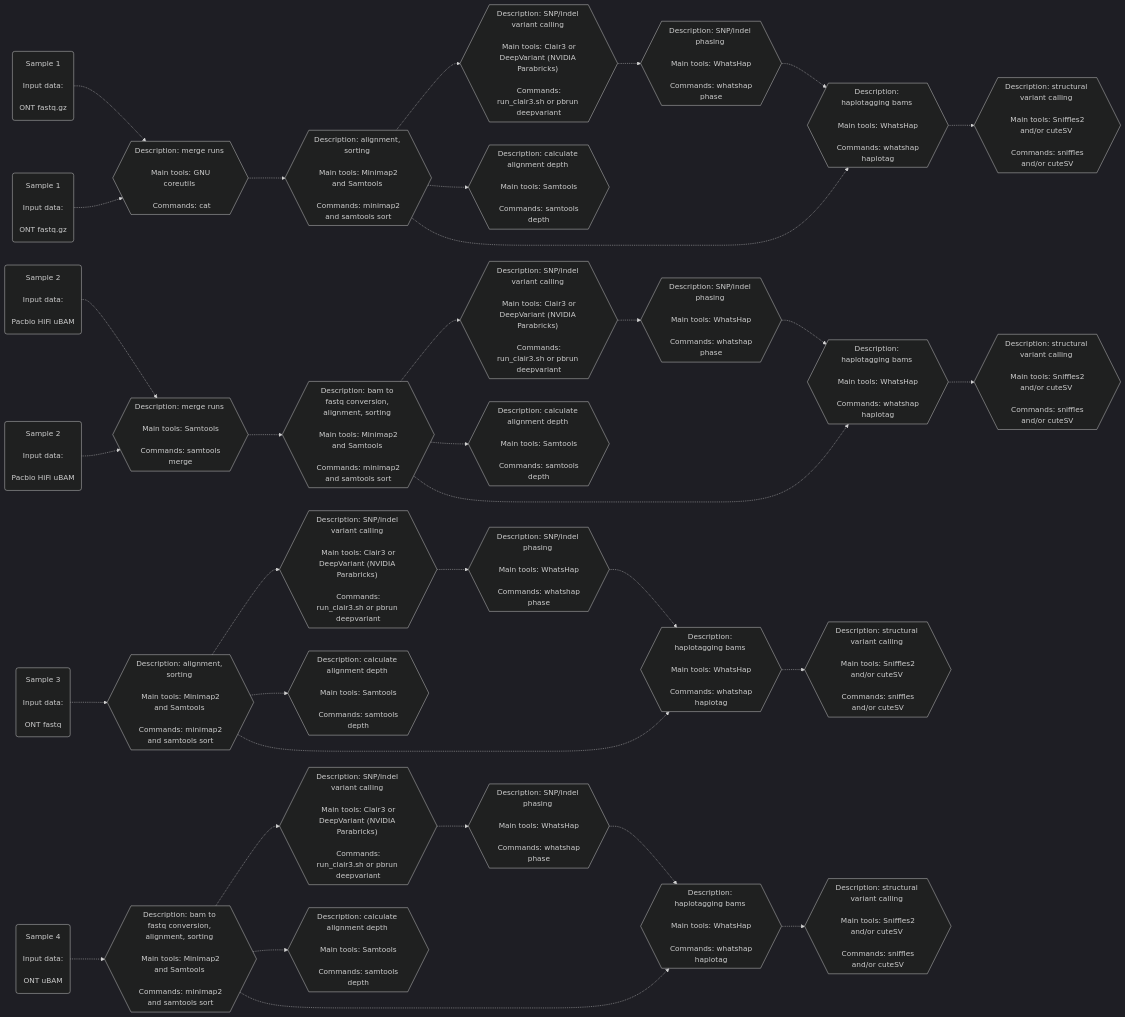
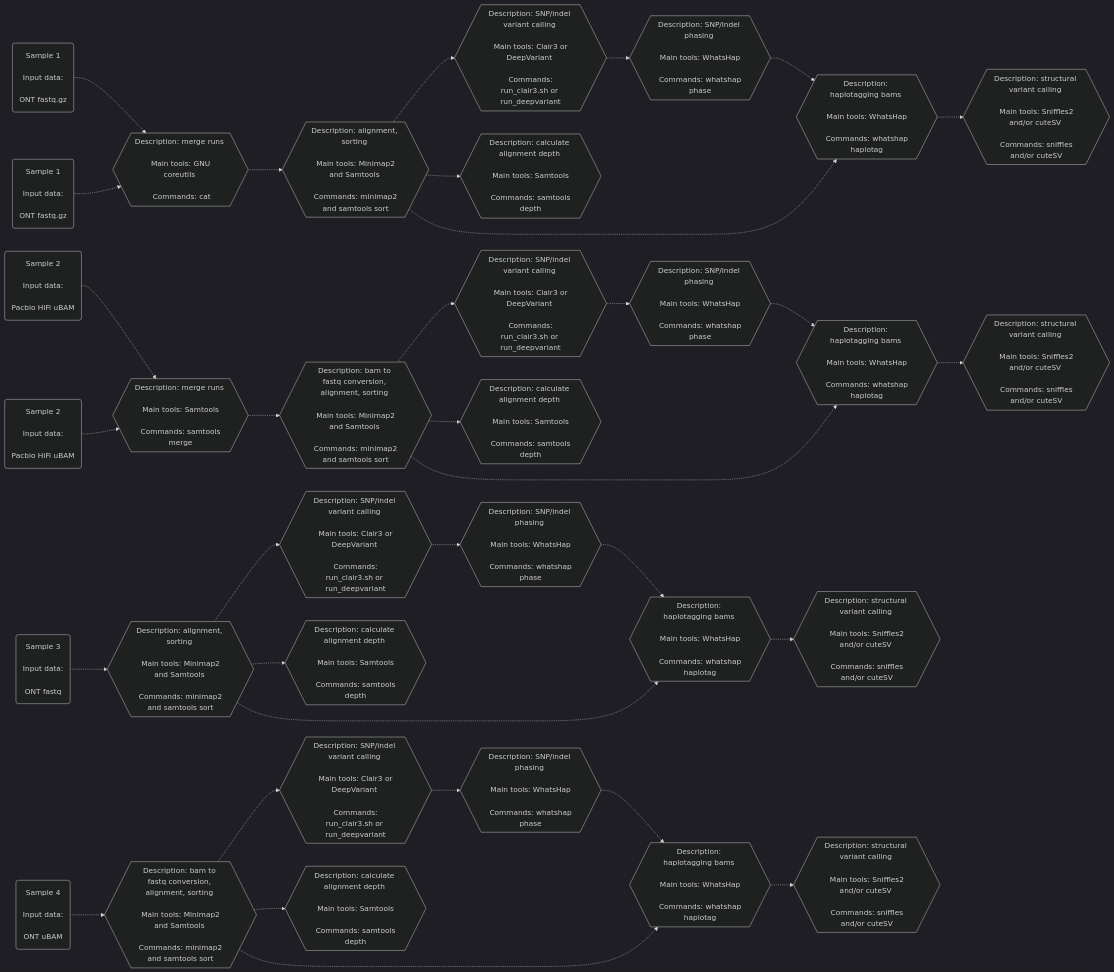
Before and after one commit to leahkemp/pipeface: the second of 2 diagrams in README.md, drawn with Mermaid. The commit also changed other lines of this file and 3 other files, not shown here.

````diff
--- a/README.md
+++ b/README.md
@@ -37,63 +37,63 @@
 ```mermaid
 %%{init: {'theme':'dark'}}%%
 flowchart LR
 
 ont_data_f1("Sample 1 \n\n Input data: \n\n ONT fastq.gz")
 ont_data_f2("Sample 1 \n\n Input data: \n\n ONT fastq.gz")
 pacbio_data_f3("Sample 2 \n\n Input data: \n\n Pacbio HiFi uBAM")
 pacbio_data_f4("Sample 2 \n\n Input data: \n\n Pacbio HiFi uBAM")
 ont_data_f5("Sample 3 \n\n Input data: \n\n ONT fastq")
 ont_data_f6("Sample 4 \n\n Input data: \n\n ONT uBAM")
 
 merging_m1{{"Description: merge runs \n\n Main tools: GNU coreutils \n\n Commands: cat"}}
 merging_m2{{"Description: merge runs \n\n Main tools: Samtools \n\n Commands: samtools merge"}}
 
 alignment_s1{{"Description: alignment, sorting \n\n Main tools: Minimap2 and Samtools \n\n Commands: minimap2 and samtools sort"}}
 alignment_s2{{"Description: alignment, sorting \n\n Main tools: Minimap2 and Samtools \n\n Commands: minimap2 and samtools sort"}}
 alignment_s3{{"Description: bam to fastq conversion, alignment, sorting \n\n Main tools: Minimap2 and Samtools \n\n Commands: minimap2 and samtools sort"}}
 alignment_s4{{"Description: bam to fastq conversion, alignment, sorting \n\n Main tools: Minimap2 and Samtools \n\n Commands: minimap2 and samtools sort"}}
 
 depth_s1{{"Description: calculate alignment depth \n\n Main tools: Samtools \n\n Commands: samtools depth"}}
 depth_s2{{"Description: calculate alignment depth \n\n Main tools: Samtools \n\n Commands: samtools depth"}}
 depth_s3{{"Description: calculate alignment depth \n\n Main tools: Samtools \n\n Commands: samtools depth"}}
 depth_s4{{"Description: calculate alignment depth \n\n Main tools: Samtools \n\n Commands: samtools depth"}}
 
-snp_indel_calling_s1{{"Description: SNP/indel variant calling \n\n Main tools: Clair3 or DeepVariant (NVIDIA Parabricks) \n\n Commands: run_clair3.sh or pbrun deepvariant"}}
-snp_indel_calling_s2{{"Description: SNP/indel variant calling \n\n Main tools: Clair3 or DeepVariant (NVIDIA Parabricks) \n\n Commands: run_clair3.sh or pbrun deepvariant"}}
-snp_indel_calling_s3{{"Description: SNP/indel variant calling \n\n Main tools: Clair3 or DeepVariant (NVIDIA Parabricks) \n\n Commands: run_clair3.sh or pbrun deepvariant"}}
-snp_indel_calling_s4{{"Description: SNP/indel variant calling \n\n Main tools: Clair3 or DeepVariant (NVIDIA Parabricks) \n\n Commands: run_clair3.sh or pbrun deepvariant"}}
+snp_indel_calling_s1{{"Description: SNP/indel variant calling \n\n Main tools: Clair3 or DeepVariant \n\n Commands: run_clair3.sh or run_deepvariant"}}
+snp_indel_calling_s2{{"Description: SNP/indel variant calling \n\n Main tools: Clair3 or DeepVariant \n\n Commands: run_clair3.sh or run_deepvariant"}}
+snp_indel_calling_s3{{"Description: SNP/indel variant calling \n\n Main tools: Clair3 or DeepVariant \n\n Commands: run_clair3.sh or run_deepvariant"}}
+snp_indel_calling_s4{{"Description: SNP/indel variant calling \n\n Main tools: Clair3 or DeepVariant \n\n Commands: run_clair3.sh or run_deepvariant"}}
 
 snp_indel_phasing_s1{{"Description: SNP/indel phasing \n\n Main tools: WhatsHap \n\n Commands: whatshap phase"}}
 snp_indel_phasing_s2{{"Description: SNP/indel phasing \n\n Main tools: WhatsHap \n\n Commands: whatshap phase"}}
 snp_indel_phasing_s3{{"Description: SNP/indel phasing \n\n Main tools: WhatsHap \n\n Commands: whatshap phase"}}
 snp_indel_phasing_s4{{"Description: SNP/indel phasing \n\n Main tools: WhatsHap \n\n Commands: whatshap phase"}}
 
 haplotagging_s1{{"Description: haplotagging bams \n\n Main tools: WhatsHap \n\n Commands: whatshap haplotag"}}
 haplotagging_s2{{"Description: haplotagging bams \n\n Main tools: WhatsHap \n\n Commands: whatshap haplotag"}}
 haplotagging_s3{{"Description: haplotagging bams \n\n Main tools: WhatsHap \n\n Commands: whatshap haplotag"}}
 haplotagging_s4{{"Description: haplotagging bams \n\n Main tools: WhatsHap \n\n Commands: whatshap haplotag"}}
 
 sv_calling_s1{{"Description: structural variant calling \n\n Main tools: Sniffles2 and/or cuteSV \n\n Commands: sniffles and/or cuteSV"}}
 sv_calling_s2{{"Description: structural variant calling \n\n Main tools: Sniffles2 and/or cuteSV \n\n Commands: sniffles and/or cuteSV"}}
 sv_calling_s3{{"Description: structural variant calling \n\n Main tools: Sniffles2 and/or cuteSV \n\n Commands: sniffles and/or cuteSV"}}
 sv_calling_s4{{"Description: structural variant calling \n\n Main tools: Sniffles2 and/or cuteSV \n\n Commands: sniffles and/or cuteSV"}}
 
 ont_data_f1-.->merging_m1-.->alignment_s1-.->snp_indel_calling_s1-.->snp_indel_phasing_s1-.->haplotagging_s1-.->sv_calling_s1
 ont_data_f2-.->merging_m1
 ont_data_f5-.->alignment_s2-.->snp_indel_calling_s2-.->snp_indel_phasing_s2-.->haplotagging_s2-.->sv_calling_s2
 ont_data_f6-.->alignment_s3-.->snp_indel_calling_s3-.->snp_indel_phasing_s3-.->haplotagging_s3-.->sv_calling_s3
 
 pacbio_data_f3-.->merging_m2-.->alignment_s4-.->snp_indel_calling_s4-.->snp_indel_phasing_s4-.->haplotagging_s4-.->sv_calling_s4
 pacbio_data_f4-.->merging_m2
 
 alignment_s1-.->depth_s1
 alignment_s2-.->depth_s2
 alignment_s3-.->depth_s3
 alignment_s4-.->depth_s4
 
 alignment_s1-.->haplotagging_s1
 alignment_s2-.->haplotagging_s2
 alignment_s3-.->haplotagging_s3
 alignment_s4-.->haplotagging_s4
 
 ```
````
